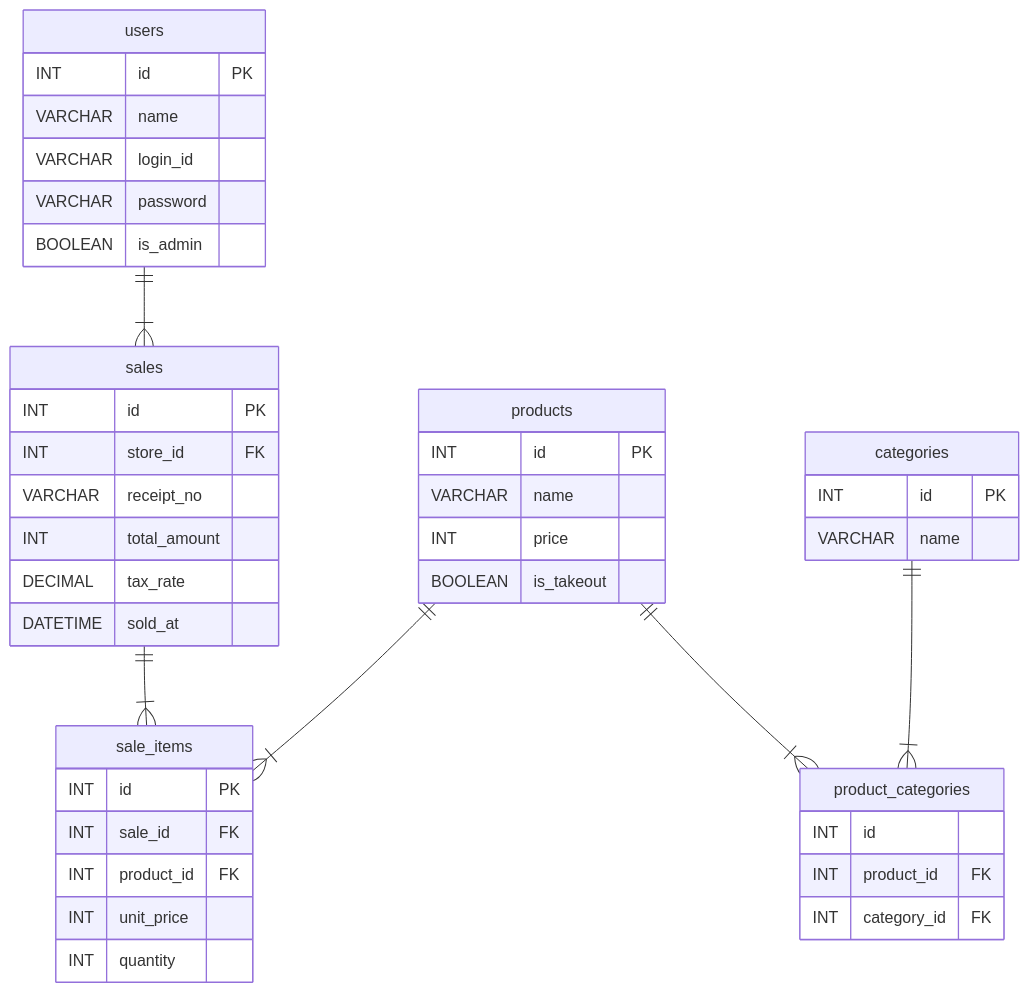
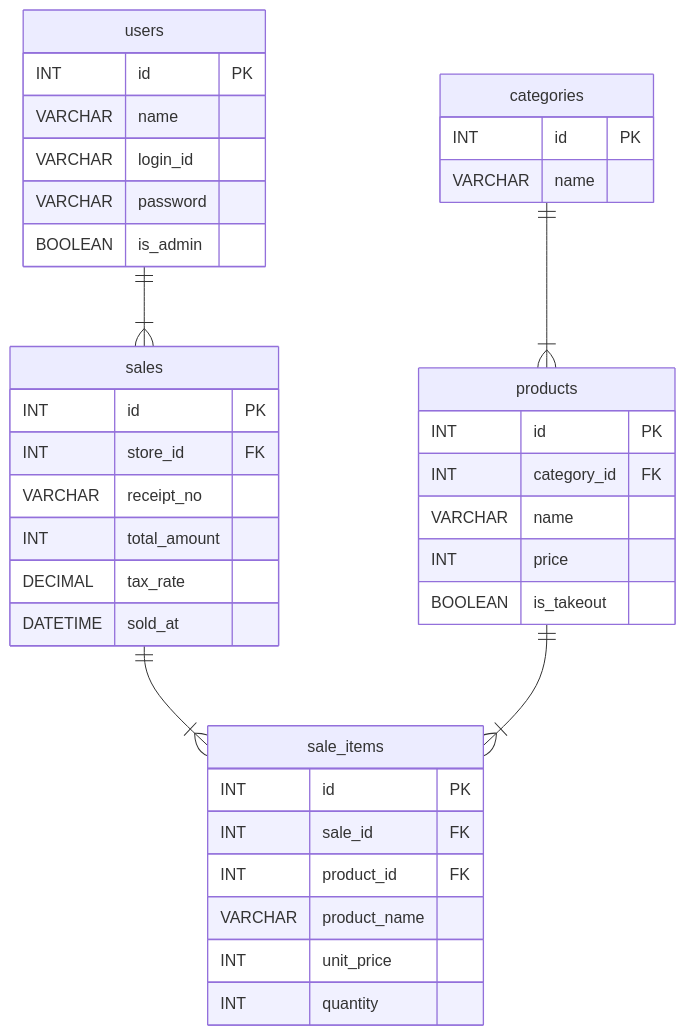
One commit to 250158hj-maker/cheers_yse_pos changed the second of 2 diagrams in docs/基本設計書.md. Above: the diagram before and after it, drawn with Mermaid. The commit also changed other lines of this file and 1 other file, not shown here.

````diff
--- a/docs/基本設計書.md
+++ b/docs/基本設計書.md
@@ -146,54 +149,50 @@
 ```mermaid
 erDiagram
 	
 	users ||--|{ sales : ""
 	sales ||--|{ sale_items : ""
 	products ||--|{ sale_items : ""
-	categories ||--|{ product_categories : ""
-	products ||--|{ product_categories : ""
+	categories ||--|{ products : ""
 	
 	
 
 	users {
 		INT id PK
 		VARCHAR name
 		VARCHAR login_id
 		VARCHAR password
 		BOOLEAN is_admin
 	}
 	products {
 		INT id PK
+		INT category_id FK
 		VARCHAR name
 		INT price
 		BOOLEAN is_takeout
 	}
 	sales {
 		INT id PK
 		INT store_id FK
 		VARCHAR receipt_no
 		INT total_amount
 		DECIMAL tax_rate
 		DATETIME sold_at
 	}
 	sale_items {
 		INT id PK
 		INT sale_id FK
 		INT product_id FK
+		VARCHAR product_name
 		INT unit_price
 		INT quantity
 	}
 	categories {
 		INT id PK
 		VARCHAR name 
 	}
-	product_categories {
-		INT id
-		INT product_id FK
-		INT category_id FK
-	}
 	
 	
 	
 	
 	
 ```
````
